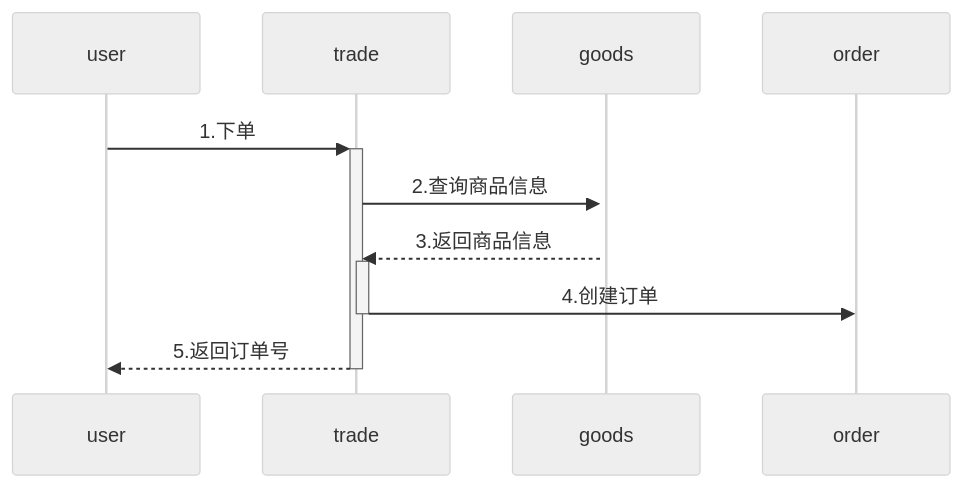
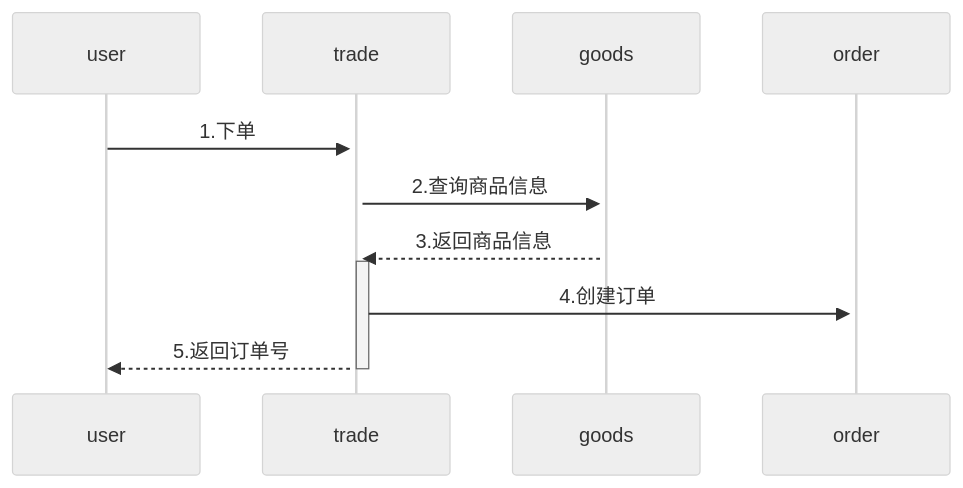
Before and after one commit to yingjianzh/iodraw-files: the diagram in all/未命名-6.md, drawn with Mermaid (neutral theme).

Commit message:
2024-08-19 15:20:41 update

````diff
--- a/all/未命名-6.md
+++ b/all/未命名-6.md
@@ -1,8 +1,8 @@
 ```mermaid
 sequenceDiagram
     user->>+trade: 1.下单
     trade->>+goods: 2.查询商品信息
     goods-->>+trade: 3.返回商品信息
-    trade->>-order: 4.创建订单
+    trade->>+order: 4.创建订单
     trade-->>-user: 5.返回订单号
 ```
````
